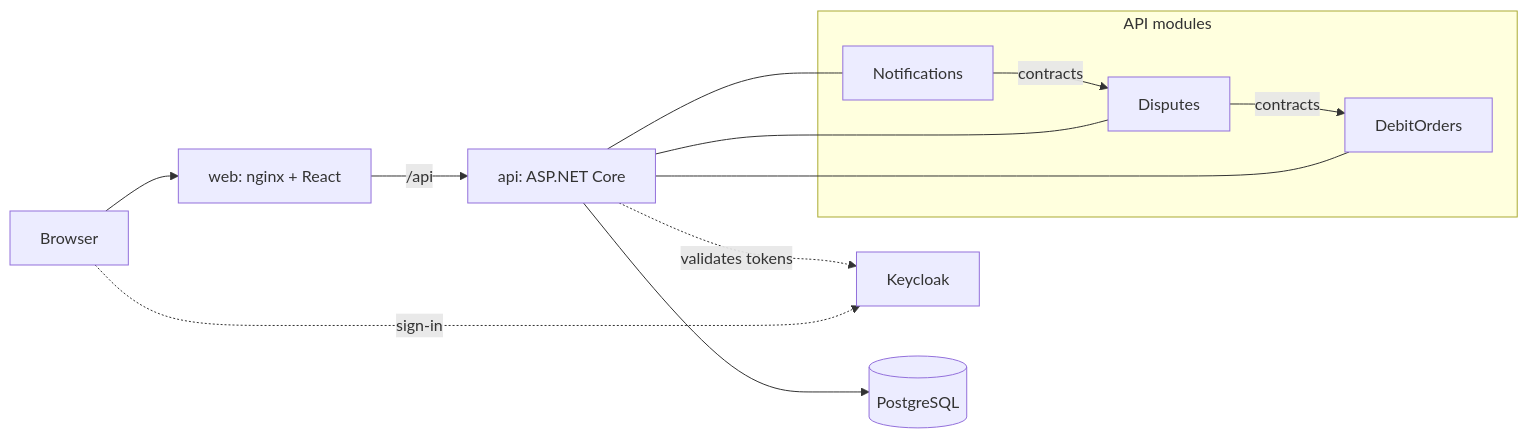
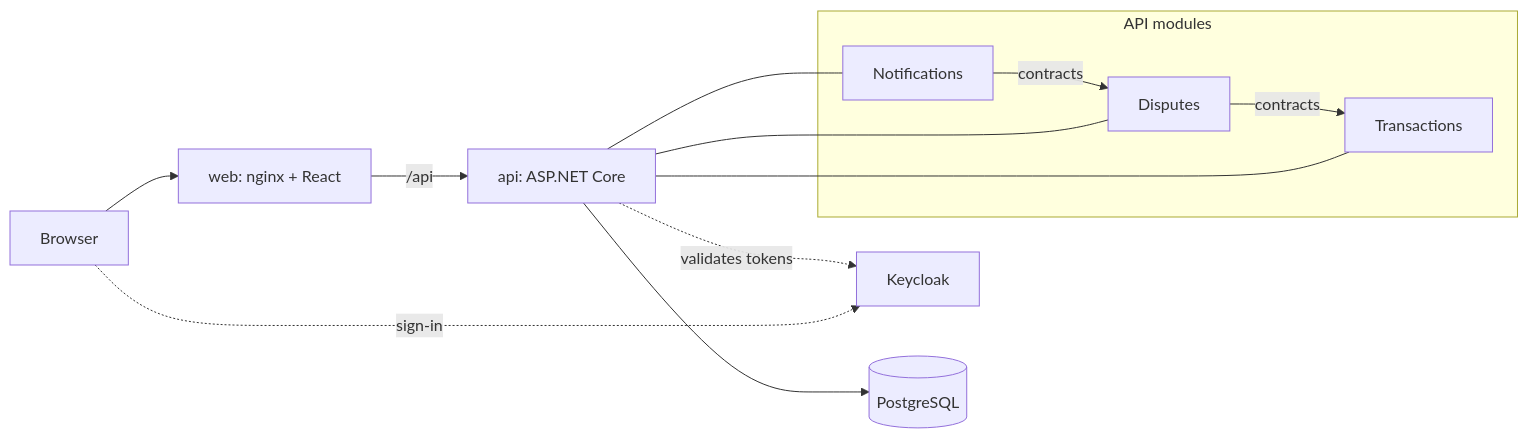
One commit to majinbruu/dispute-portal-api changed the first of 3 diagrams in README.md. Above: the diagram before and after it, drawn with Mermaid. The commit also changed other lines of this file, not shown here.

First line of the commit message:
docs: rewrite the README for card transactions, agent review and the new ways to run

````diff
--- a/README.md
+++ b/README.md
@@ -178,18 +258,18 @@
 ```mermaid
 flowchart LR
   B[Browser] --> W[web: nginx + React]
   B -. sign-in .-> K[Keycloak]
   W -- /api --> A[api: ASP.NET Core]
   A -. validates tokens .-> K
   A --> P[(PostgreSQL)]
   subgraph API modules
-    D[DebitOrders]
+    T[Transactions]
     S[Disputes]
     N[Notifications]
   end
-  A --- D
+  A --- T
   A --- S
   A --- N
-  S -- contracts --> D
+  S -- contracts --> T
   N -- contracts --> S
 ```
````
